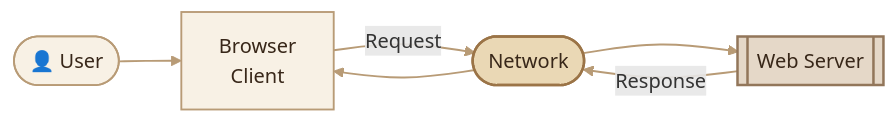
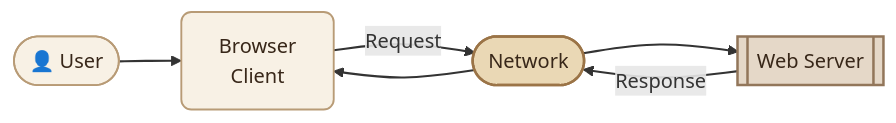
Before and after one commit to mustafammasoud/ops-handbook: the second of 6 diagrams in content/networking/what-is-a-computer-network.mdx, drawn with Mermaid. The commit also changed other lines of this file and 7 other files, not shown here.

````diff
--- a/content/networking/what-is-a-computer-network.mdx
+++ b/content/networking/what-is-a-computer-network.mdx
@@ -129,23 +134,24 @@
 ```mermaid
 flowchart LR
     U(["👤 User"])
     C[" Browser<br/>Client"]
     N([" Network"])
     S[[" Web Server"]]
 
     U --> C
     C -->|"Request"| N
     N --> S
     S -->|"Response"| N
     N --> C
 
-    classDef client fill:#F8F1E5,stroke:#B89B76,color:#382719,stroke-width:1.5px
-    classDef network fill:#EAD8B5,stroke:#9B7447,color:#382719,stroke-width:2px
-    classDef server fill:#E5D8C8,stroke:#92765A,color:#382719,stroke-width:2px
+    classDef client fill:#F8F1E5,stroke:#B89B76,color:#382719,stroke-width:1.5px,rx:8,ry:8
+    classDef network fill:#EAD8B5,stroke:#9B7447,color:#382719,stroke-width:2px,rx:8,ry:8
+    classDef server fill:#E5D8C8,stroke:#92765A,color:#382719,stroke-width:2px,rx:8,ry:8
 
     class U,C client
     class N network
     class S server
 
-    linkStyle default stroke:#B89B76,stroke-width:1.5px
+    linkStyle default stroke-width:1.7px
+
 ```
````
